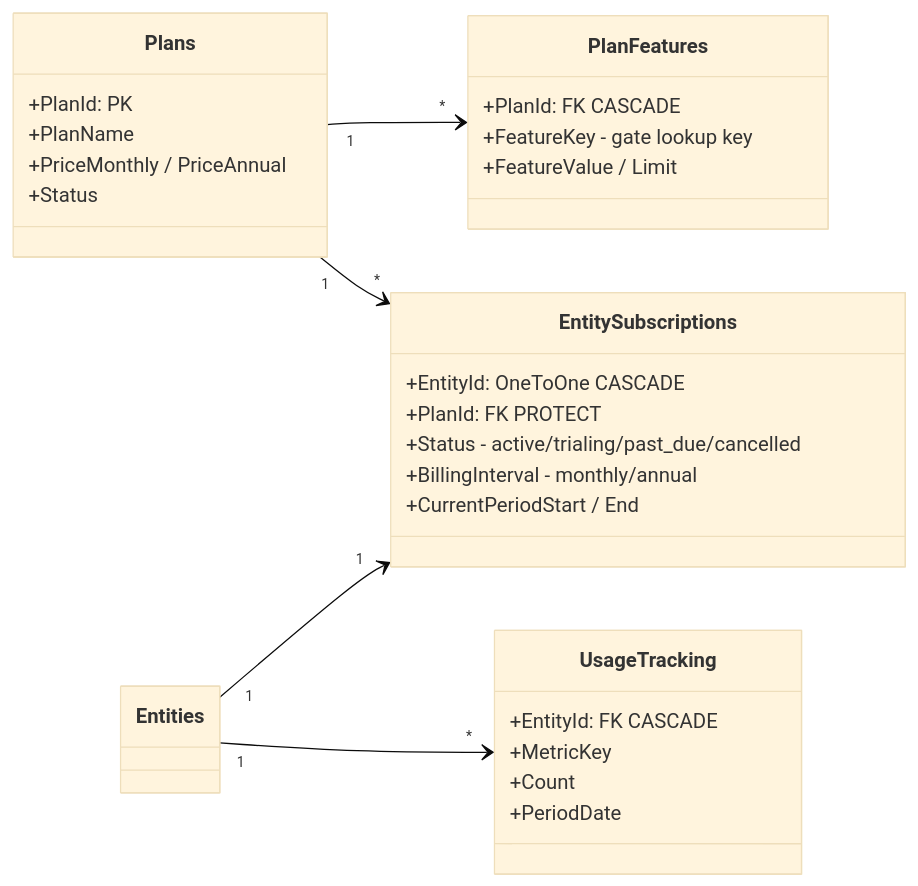
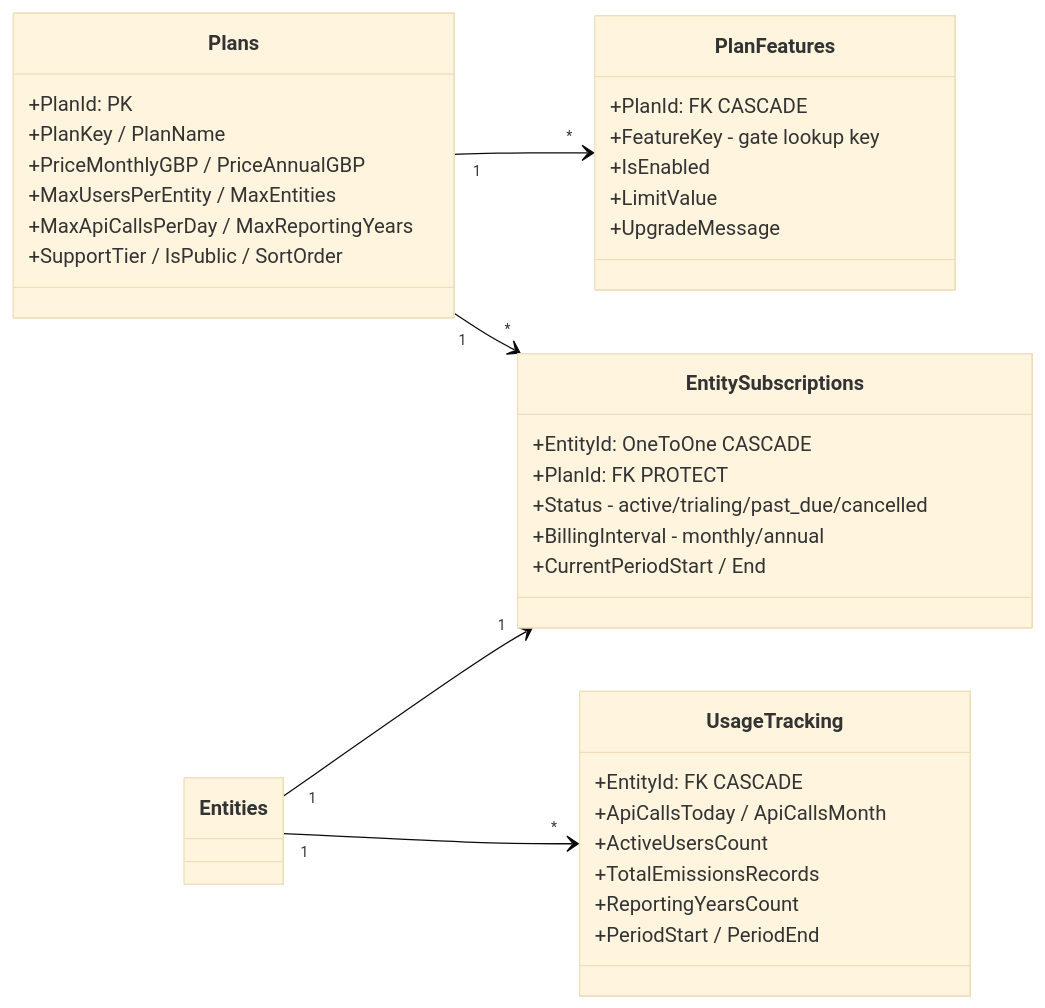
Before and after one commit to Software-Lifecycle-Consultants/SusDevOS-Pro: the second of 7 diagrams in docs/diagrams/uml/05-domain-platform.md, drawn with Mermaid (base theme). The commit also changed other lines of this file and 23 other files, not shown here.

````diff
--- a/docs/diagrams/uml/05-domain-platform.md
+++ b/docs/diagrams/uml/05-domain-platform.md
@@ -81,35 +90,41 @@
 ```mermaid
 classDiagram
     direction LR
 
     class Plans {
         +PlanId: PK
-        +PlanName
-        +PriceMonthly / PriceAnnual
-        +Status
+        +PlanKey / PlanName
+        +PriceMonthlyGBP / PriceAnnualGBP
+        +MaxUsersPerEntity / MaxEntities
+        +MaxApiCallsPerDay / MaxReportingYears
+        +SupportTier / IsPublic / SortOrder
     }
     class PlanFeatures {
         +PlanId: FK CASCADE
         +FeatureKey - gate lookup key
-        +FeatureValue / Limit
+        +IsEnabled
+        +LimitValue
+        +UpgradeMessage
     }
     class EntitySubscriptions {
         +EntityId: OneToOne CASCADE
         +PlanId: FK PROTECT
         +Status - active/trialing/past_due/cancelled
         +BillingInterval - monthly/annual
         +CurrentPeriodStart / End
     }
     class UsageTracking {
         +EntityId: FK CASCADE
-        +MetricKey
-        +Count
-        +PeriodDate
+        +ApiCallsToday / ApiCallsMonth
+        +ActiveUsersCount
+        +TotalEmissionsRecords
+        +ReportingYearsCount
+        +PeriodStart / PeriodEnd
     }
     class Entities
 
     Plans "1" --> "*" PlanFeatures
     Plans "1" --> "*" EntitySubscriptions
     Entities "1" --> "1" EntitySubscriptions
     Entities "1" --> "*" UsageTracking
 ```
````
